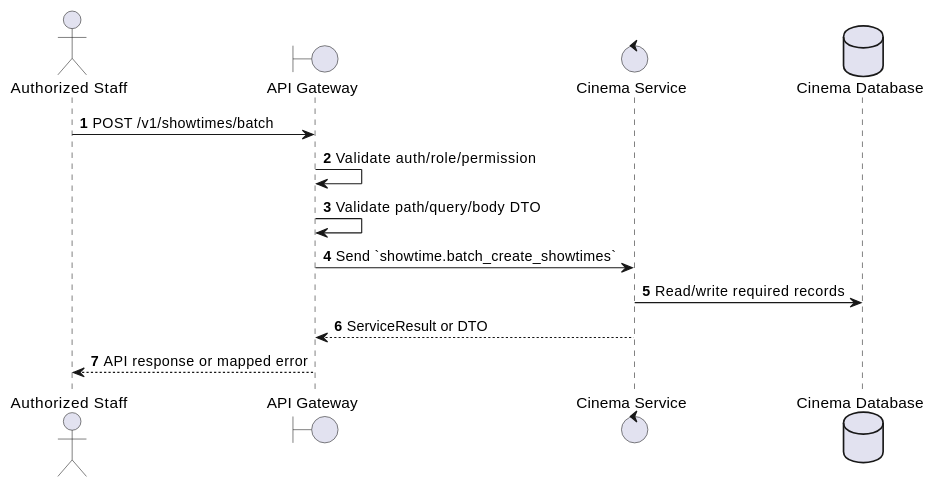
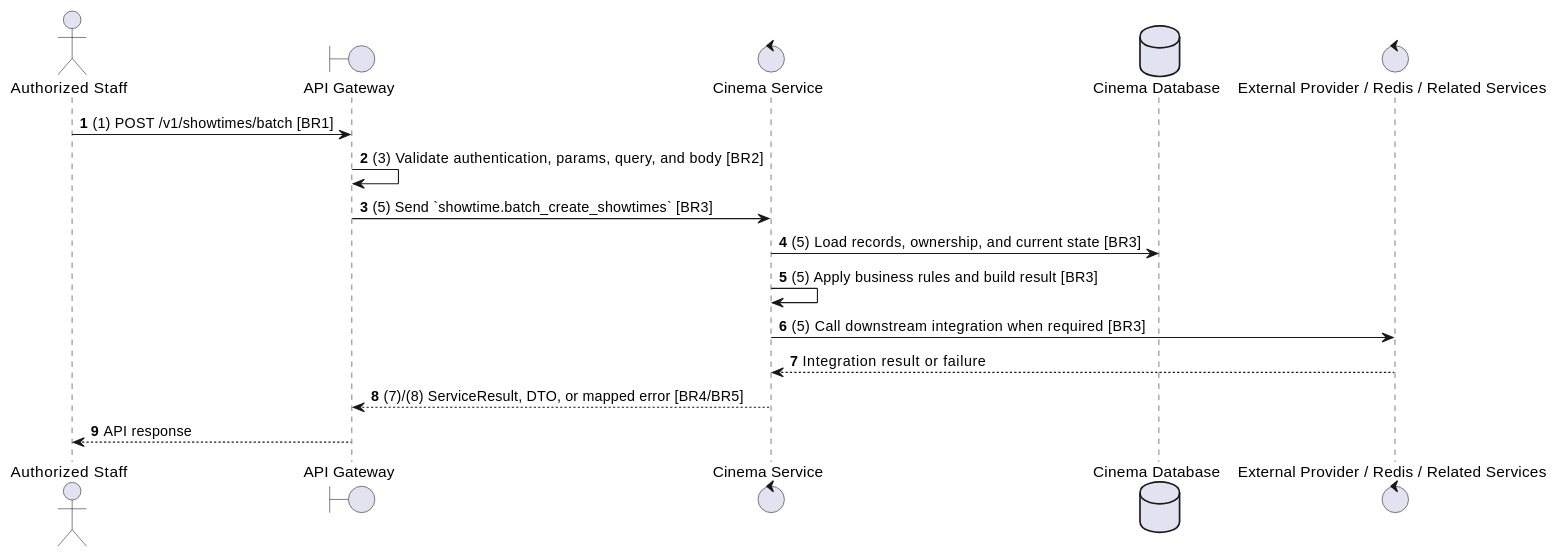
Before and after one commit to Tanh1603/movie-hub-architecture: the second of 2 diagrams in docs/functional_specs/3.4_Showtime_Scheduling/ST-04_Create_Batch_Showtimes.md, drawn with PlantUML. The commit also changed other lines of this file and 129 other files, not shown here.

````diff
--- a/docs/functional_specs/3.4_Showtime_Scheduling/ST-04_Create_Batch_Showtimes.md
+++ b/docs/functional_specs/3.4_Showtime_Scheduling/ST-04_Create_Batch_Showtimes.md
@@ -17,17 +64,20 @@
 ```plantuml
 @startuml
 autonumber
 actor "Authorized Staff" as Actor
 boundary "API Gateway" as GW
 control "Cinema Service" as SVC
 database "Cinema Database" as DB
+control "External Provider / Redis / Related Services" as EXT
 
-Actor -> GW: POST /v1/showtimes/batch
-GW -> GW: Validate auth/role/permission
-GW -> GW: Validate path/query/body DTO
-GW -> SVC: Send `showtime.batch_create_showtimes`
-SVC -> DB: Read/write required records
-SVC --> GW: ServiceResult or DTO
-GW --> Actor: API response or mapped error
+Actor -> GW: (1) POST /v1/showtimes/batch [BR1]
+GW -> GW: (3) Validate authentication, params, query, and body [BR2]
+GW -> SVC: (5) Send `showtime.batch_create_showtimes` [BR3]
+SVC -> DB: (5) Load records, ownership, and current state [BR3]
+SVC -> SVC: (5) Apply business rules and build result [BR3]
+SVC -> EXT: (5) Call downstream integration when required [BR3]
+EXT --> SVC: Integration result or failure
+SVC --> GW: (7)/(8) ServiceResult, DTO, or mapped error [BR4/BR5]
+GW --> Actor: API response
 @enduml
 ```
````
